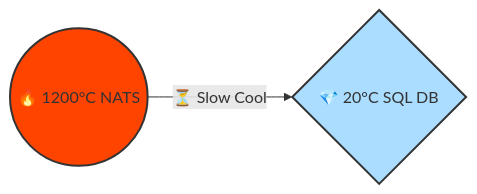
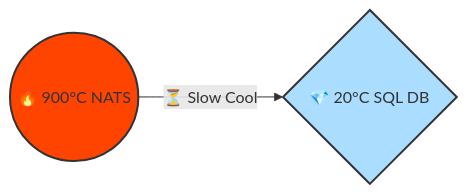
The second of 4 diagrams in brain/design_obsidian_thermodynamics.md (TTaoGaming/hfo_2025_11), drawn with Mermaid before and after one commit. The commit also changed other lines of this file, not shown here.

````diff
--- a/brain/design_obsidian_thermodynamics.md
+++ b/brain/design_obsidian_thermodynamics.md
@@ -51,6 +51,6 @@
 ```mermaid
 graph LR
-    A((🔥 1200°C NATS)) -->|⏳ Slow Cool| B{💎 20°C SQL DB}
+    A((🔥 900°C NATS)) -->|⏳ Slow Cool| B{💎 20°C SQL DB}
     style A fill:#ff4400,stroke:#333,stroke-width:2px
     style B fill:#aaddff,stroke:#333,stroke-width:2px
 ```
````
